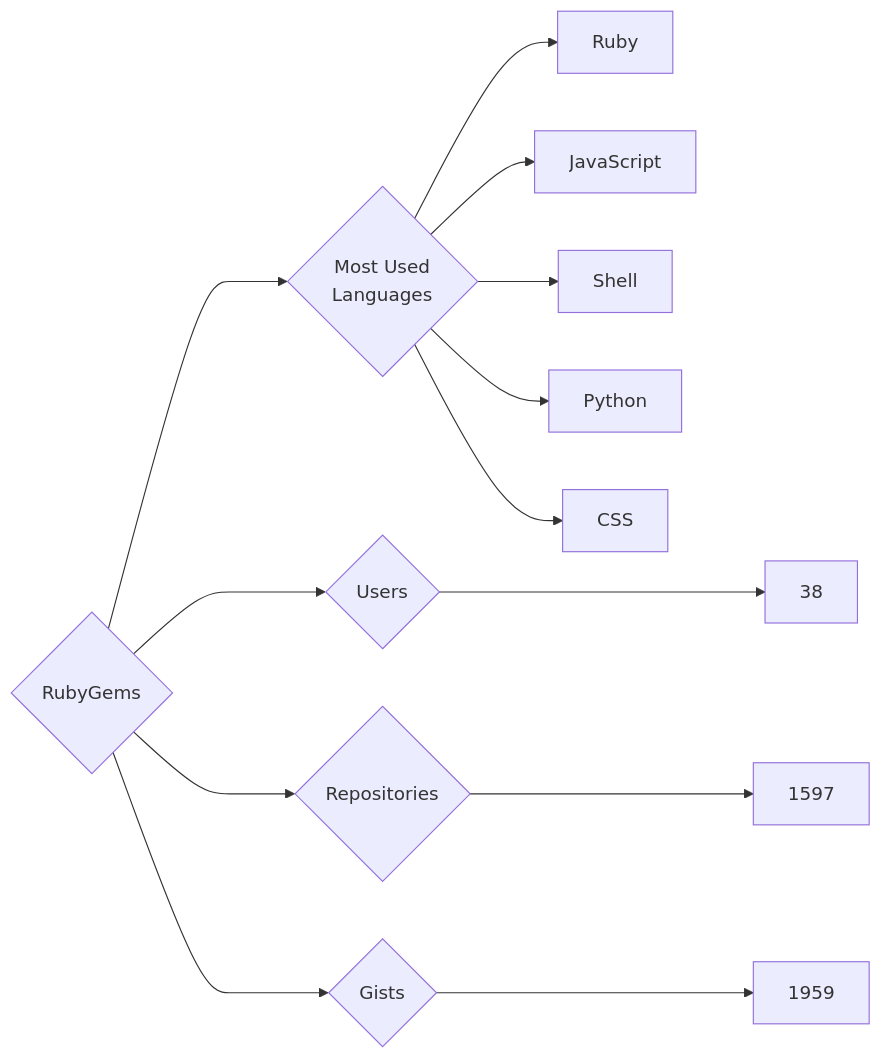
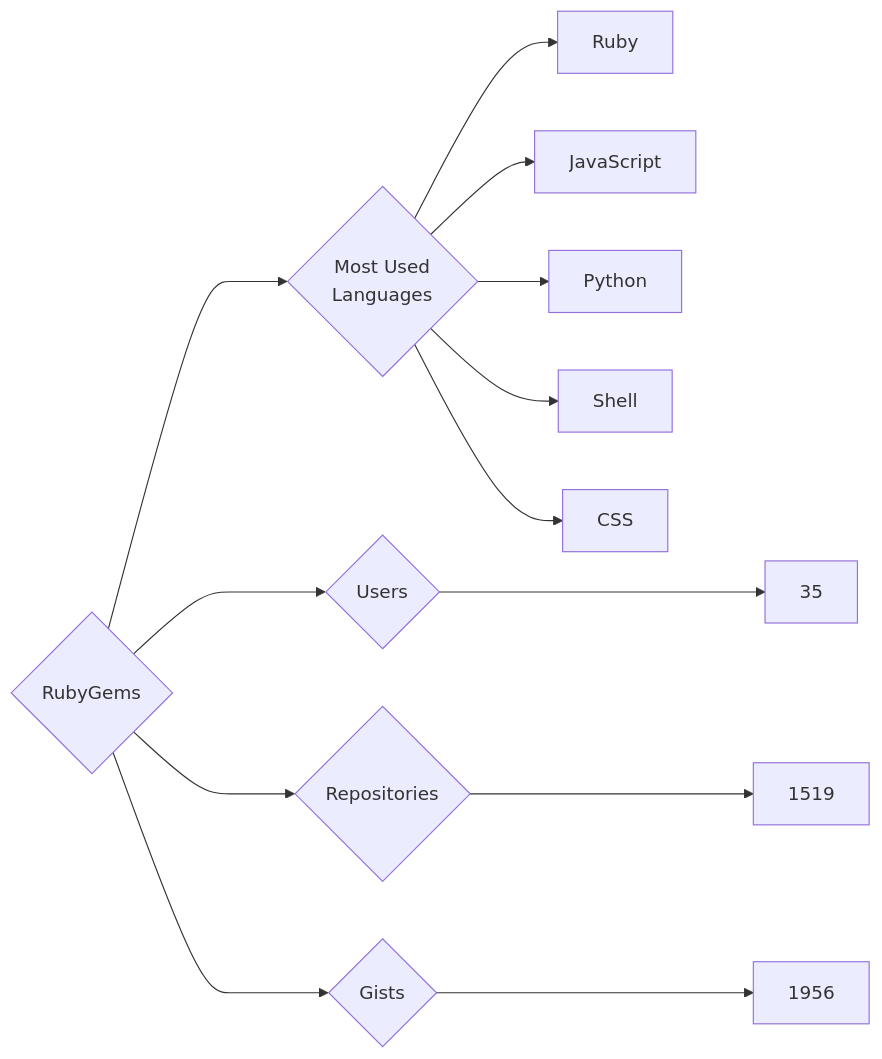
One commit to trickest/insiders changed the diagram in targets/RubyGems/README.md. Above: the diagram before and after it, drawn with Mermaid. The commit also changed 1484 other files, not shown here.

````diff
--- a/targets/RubyGems/README.md
+++ b/targets/RubyGems/README.md
@@ -3,13 +3,13 @@
 ```mermaid
 graph LR
 COMPANY_NAME{RubyGems}
-COMPANY_NAME ---> U{Users} ---> UN[38]
-COMPANY_NAME ---> R{Repositories} ---> RN[1597]
-COMPANY_NAME ---> G{Gists} ---> GN[1959]
+COMPANY_NAME ---> U{Users} ---> UN[35]
+COMPANY_NAME ---> R{Repositories} ---> RN[1519]
+COMPANY_NAME ---> G{Gists} ---> GN[1956]
 COMPANY_NAME ---> ML{Most Used<br>Languages}
 ML --> Ruby[Ruby]
 ML --> JavaScript[JavaScript]
+ML --> Python[Python]
 ML --> Shell[Shell]
-ML --> Python[Python]
 ML --> CSS[CSS]
 ```
````
